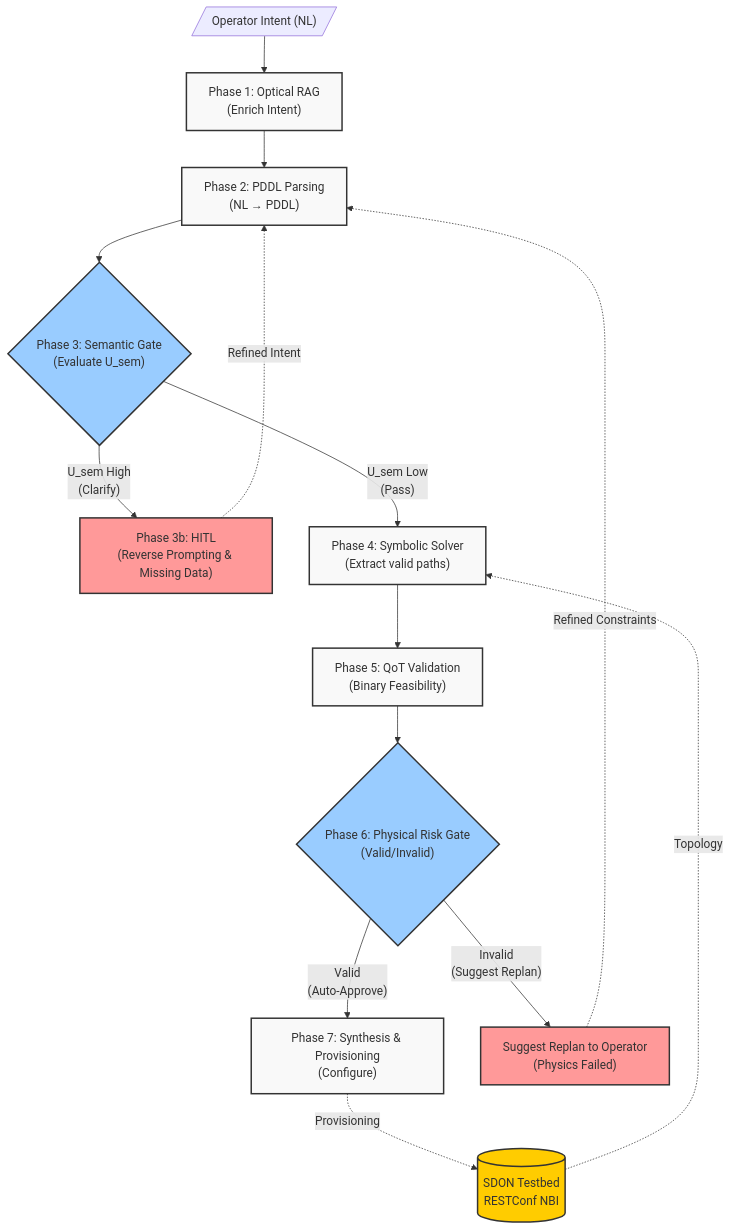
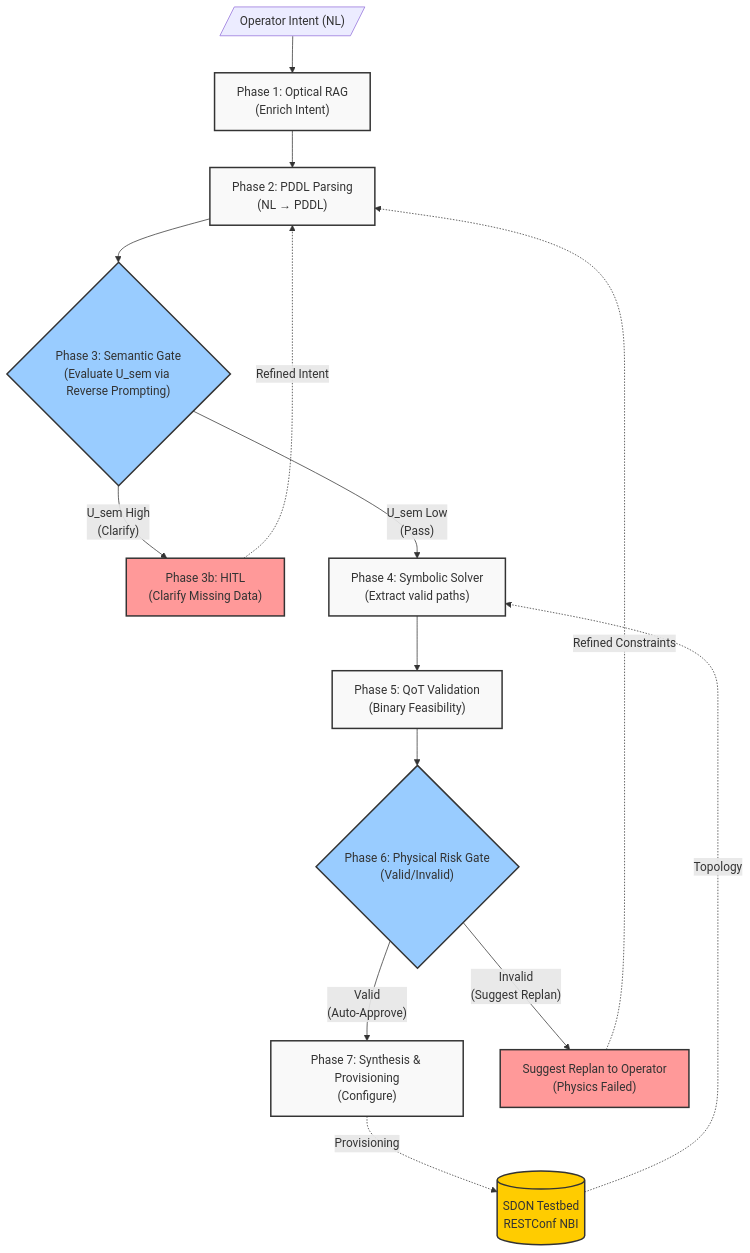
The diagram in docs/LLM_Wiki/wiki/architecture/Architecture_v5.md (ABADIAb/MultiAgent-ON), drawn with Mermaid before and after one commit. The commit also changed 2 other files, not shown here.

Commit message:
docs: clarify reverse prompting and update mvp roadmap dates

````diff
--- a/docs/LLM_Wiki/wiki/architecture/Architecture_v5.md
+++ b/docs/LLM_Wiki/wiki/architecture/Architecture_v5.md
@@ -33,39 +33,39 @@
 ```mermaid
 flowchart TD
     %% Styling
     classDef phase fill:#f9f9f9,stroke:#333,stroke-width:2px
     classDef decision fill:#99ccff,stroke:#333,stroke-width:2px
     classDef hitl fill:#ff9999,stroke:#333,stroke-width:2px
     classDef testbed fill:#ffcc00,stroke:#333,stroke-width:2px
     classDef reject fill:#ff6666,stroke:#333,stroke-width:2px,color:#fff
 
     UserIntent[/"Operator Intent (NL)"/] --> Phase1
      
     Phase1["Phase 1: Optical RAG<br/>(Enrich Intent)"]:::phase
     Phase2["Phase 2: PDDL Parsing<br/>(NL → PDDL)"]:::phase
-    Phase3{"Phase 3: Semantic Gate<br/>(Evaluate U_sem)"}:::decision
-    Phase3b["Phase 3b: HITL<br/>(Reverse Prompting & Missing Data)"]:::hitl
+    Phase3{"Phase 3: Semantic Gate<br/>(Evaluate U_sem via Reverse Prompting)"}:::decision
+    Phase3b["Phase 3b: HITL<br/>(Clarify Missing Data)"]:::hitl
     Phase4["Phase 4: Symbolic Solver<br/>(Extract valid paths)"]:::phase
     Phase5["Phase 5: QoT Validation<br/>(Binary Feasibility)"]:::phase
     Phase6{"Phase 6: Physical Risk Gate<br/>(Valid/Invalid)"}:::decision
     Phase7["Phase 7: Synthesis & Provisioning<br/>(Configure)"]:::phase
     
     Replan["Suggest Replan to Operator<br/>(Physics Failed)"]:::hitl
     
     Phase1 --> Phase2
     Phase2 --> Phase3
     Phase3 -->|"U_sem High<br/>(Clarify)"| Phase3b
     Phase3b -.->|"Refined Intent"| Phase2
     Phase3 -->|"U_sem Low<br/>(Pass)"| Phase4
     Phase4 --> Phase5
     Phase5 --> Phase6
     
     Phase6 -->|"Valid<br/>(Auto-Approve)"| Phase7
     Phase6 -->|"Invalid<br/>(Suggest Replan)"| Replan
 
     Replan -.->|"Refined Constraints"| Phase2
 
     Testbed[("SDON Testbed<br/>RESTConf NBI")]:::testbed
     Phase7 -.->|"Provisioning"| Testbed
     Testbed -.->|"Topology"| Phase4
 ```
````
